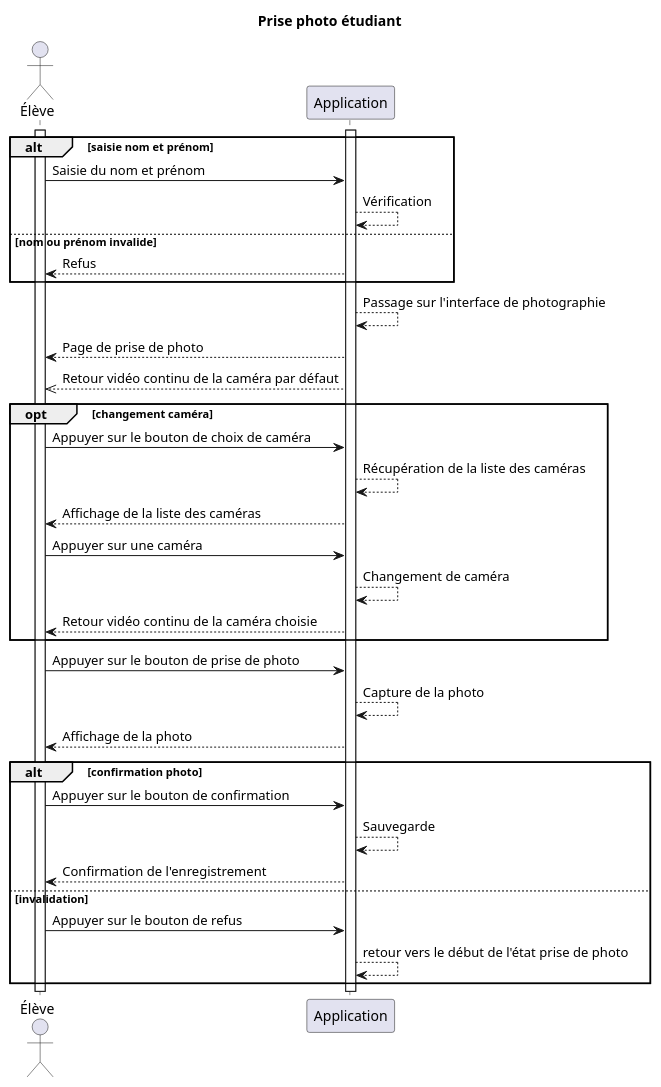
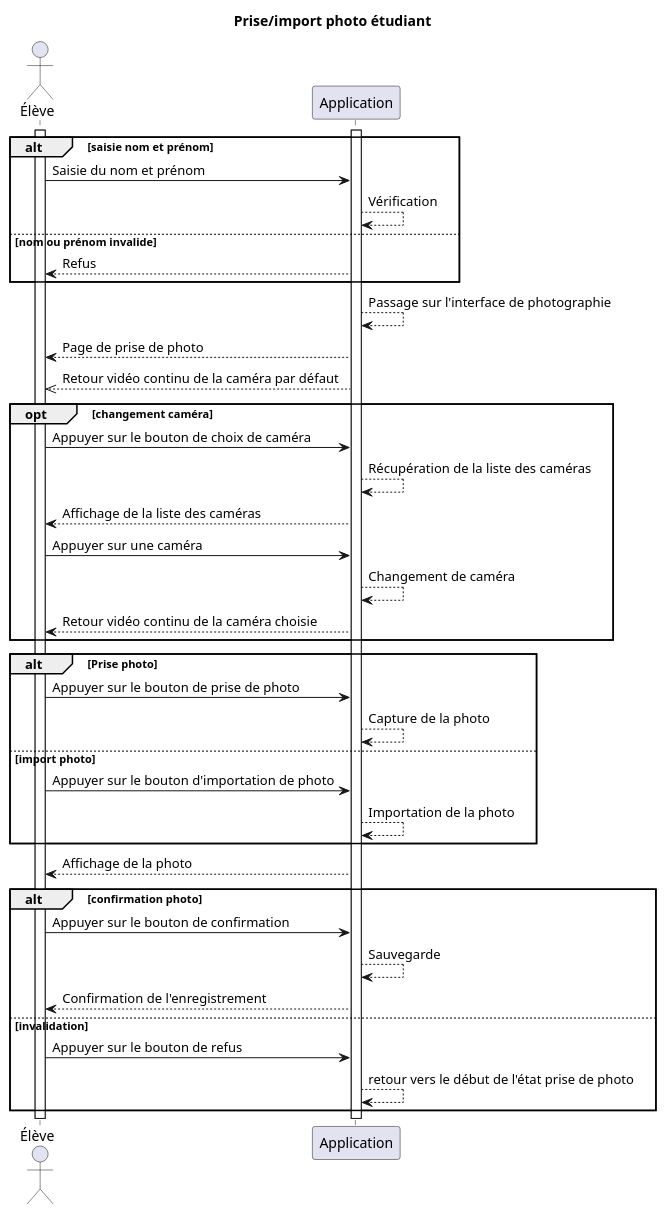
The diagram in Diagrammes/use_cases/use_case_etudiant_prend_photo.wsd (pandadorable/Trombinoscope), drawn with PlantUML before and after one commit. The commit also changed 5 other files, not shown here.

Commit message:
fix : cohérence des diagrammes uml et respect du normalisme

```diff
--- a/Diagrammes/use_cases/use_case_etudiant_prend_photo.wsd
+++ b/Diagrammes/use_cases/use_case_etudiant_prend_photo.wsd
@@ -1,39 +1,43 @@
 @startuml etudiant_prend_photo
-title Prise photo étudiant
+title Prise/import photo étudiant
 actor Élève
 activate Élève
 activate Application
 alt saisie nom et prénom
      Élève-> Application: Saisie du nom et prénom
      Application--> Application : Vérification
 else nom ou prénom invalide
      Application--> Élève: Refus
 end
 
 Application--> Application : Passage sur l'interface de photographie
 Application--> Élève: Page de prise de photo
 Application-->> Élève: Retour vidéo continu de la caméra par défaut
 
 opt changement caméra
      Élève-> Application: Appuyer sur le bouton de choix de caméra
      Application--> Application : Récupération de la liste des caméras
      Application--> Élève: Affichage de la liste des caméras
      Élève-> Application: Appuyer sur une caméra
      Application--> Application : Changement de caméra
      Application--> Élève: Retour vidéo continu de la caméra choisie
 end
 
-Élève-> Application: Appuyer sur le bouton de prise de photo
-Application--> Application : Capture de la photo
+alt Prise photo
+     Élève-> Application: Appuyer sur le bouton de prise de photo
+     Application--> Application : Capture de la photo
+else import photo
+     Élève-> Application: Appuyer sur le bouton d'importation de photo
+     Application--> Application : Importation de la photo
+end
 Application--> Élève: Affichage de la photo
-
 
 alt confirmation photo
      Élève-> Application: Appuyer sur le bouton de confirmation
      Application--> Application : Sauvegarde
      Application--> Élève: Confirmation de l'enregistrement
 else invalidation
      Élève-> Application: Appuyer sur le bouton de refus
      Application--> Application : retour vers le début de l'état prise de photo
 end
 @enduml
```
